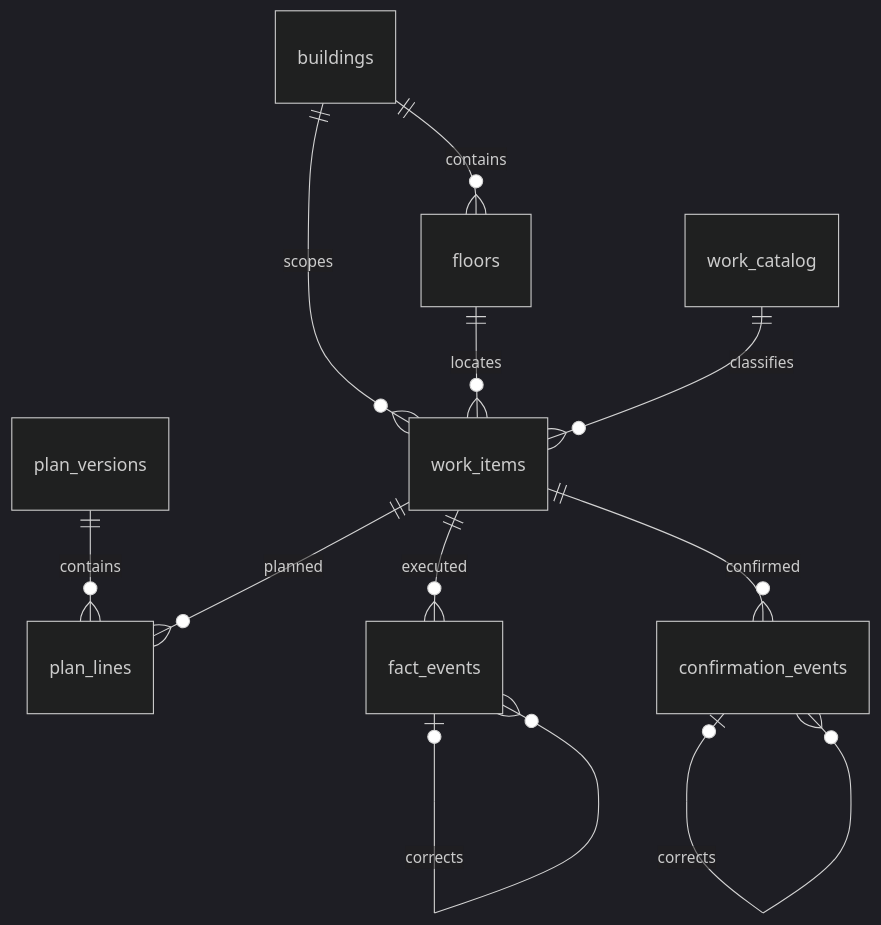
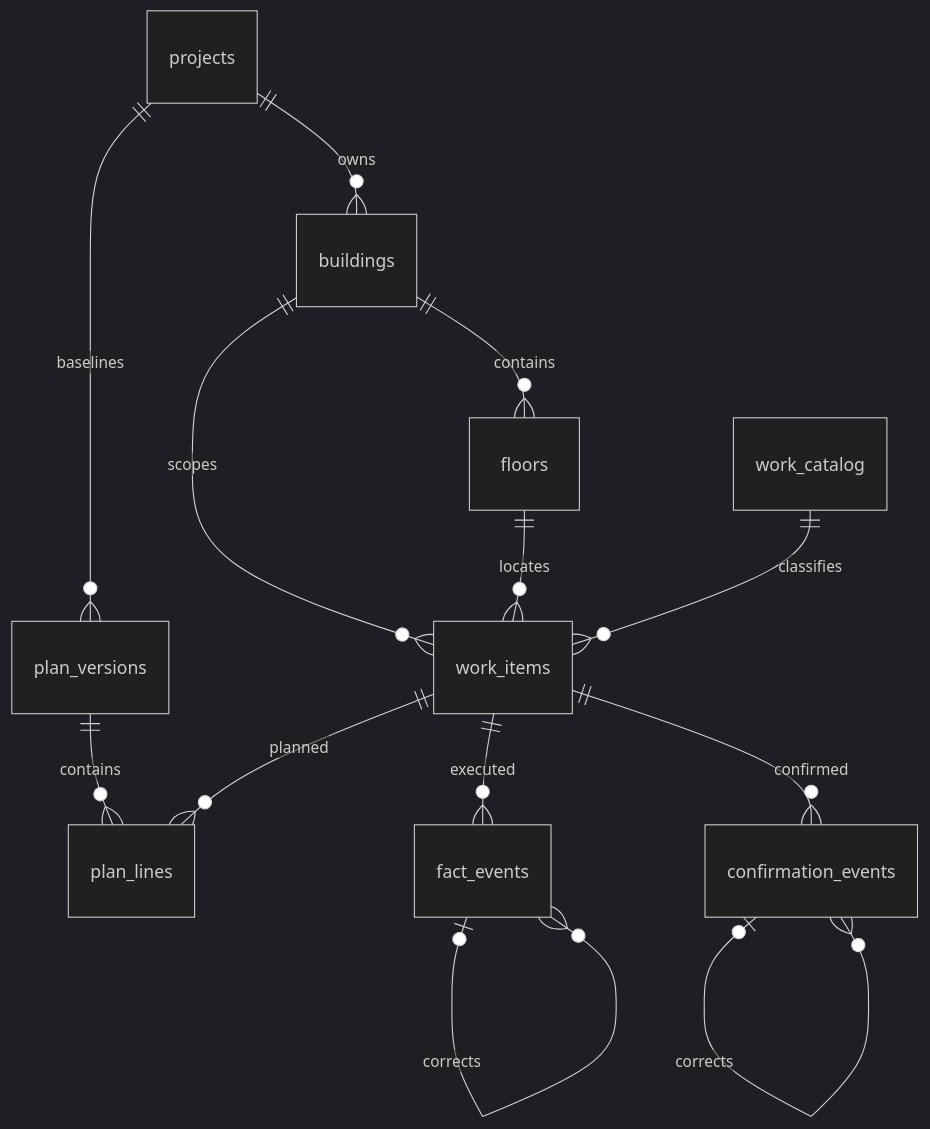
The diagram in docs/schema.md (homeporn/construction-progress), drawn with Mermaid (dark theme) before and after one commit. The commit also changed other lines of this file and 44 other files, not shown here.

````diff
--- a/docs/schema.md
+++ b/docs/schema.md
@@ -6,13 +6,15 @@
 ```mermaid
 erDiagram
+    projects ||--o{ buildings : owns
+    projects ||--o{ plan_versions : baselines
     buildings ||--o{ floors : contains
     buildings ||--o{ work_items : scopes
     floors ||--o{ work_items : locates
     work_catalog ||--o{ work_items : classifies
     plan_versions ||--o{ plan_lines : contains
     work_items ||--o{ plan_lines : planned
     work_items ||--o{ fact_events : executed
     work_items ||--o{ confirmation_events : confirmed
     fact_events o|--o{ fact_events : corrects
     confirmation_events o|--o{ confirmation_events : corrects
 ```
````
